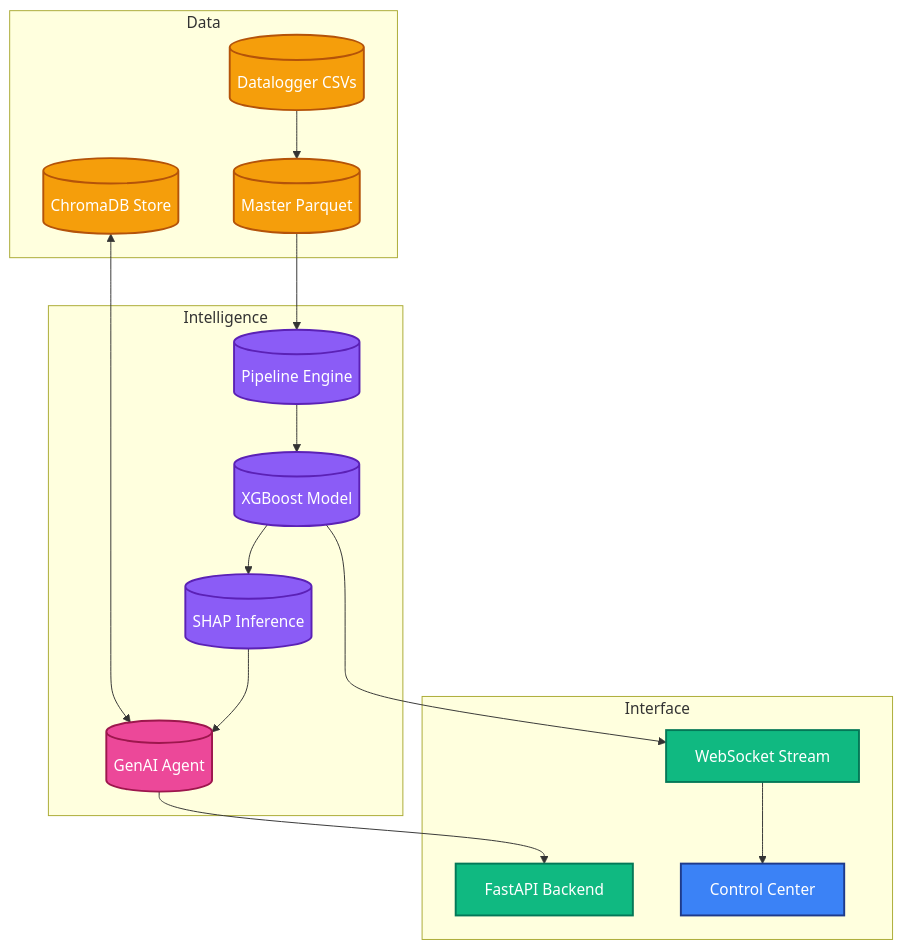
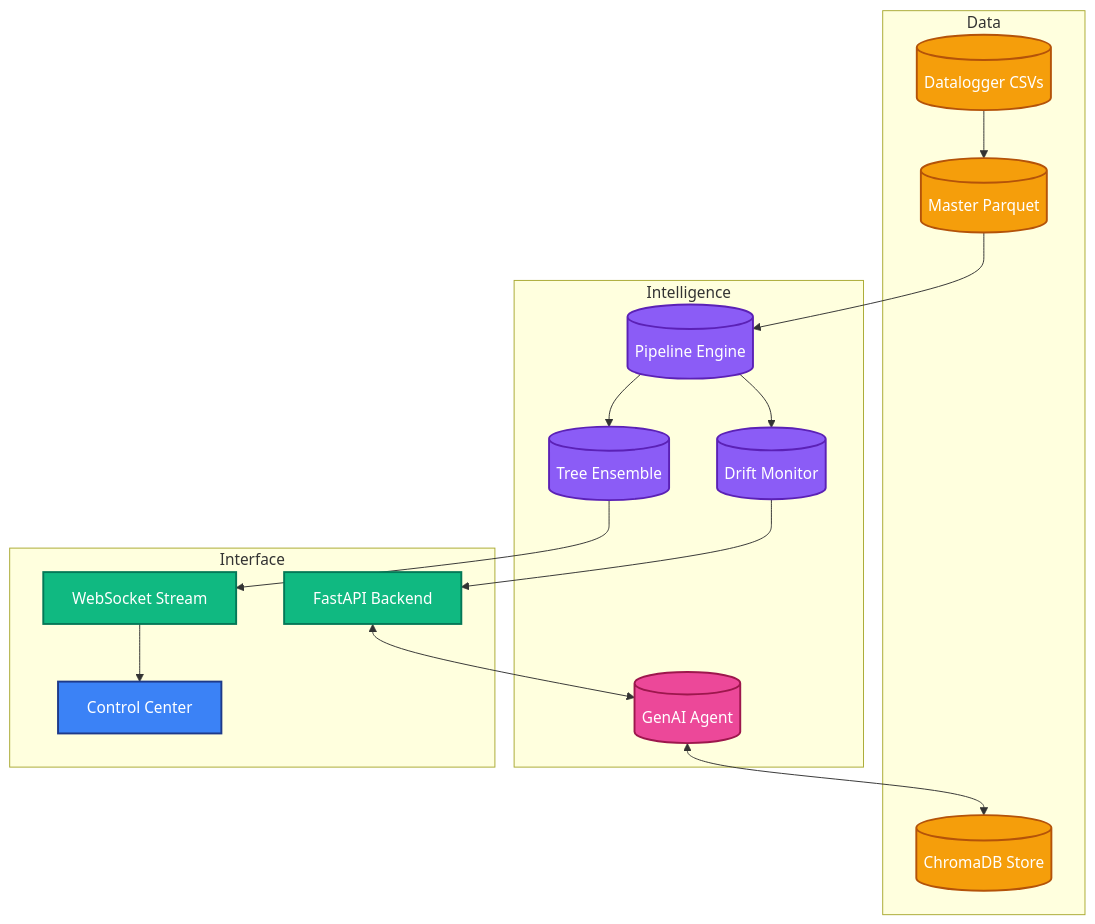
The diagram in README.md (gopu07/SolarMind), drawn with Mermaid before and after one commit. The commit also changed other lines of this file and 7 other files, not shown here.

````diff
--- a/README.md
+++ b/README.md
@@ -50,34 +47,34 @@
 ```mermaid
 graph TD
     %% Define Styles
     classDef ui fill:#3b82f6,stroke:#1e3a8a,stroke-width:2px,color:#fff;
     classDef api fill:#10b981,stroke:#047857,stroke-width:2px,color:#fff;
     classDef pipeline fill:#8b5cf6,stroke:#5b21b6,stroke-width:2px,color:#fff;
     classDef data fill:#f59e0b,stroke:#b45309,stroke-width:2px,color:#fff;
     classDef llm fill:#ec4899,stroke:#9d174d,stroke-width:2px,color:#fff;
 
     subgraph Data
         RawCSV[("Datalogger CSVs")]:::data
         PQ[("Master Parquet")]:::data
         VectorDB[("ChromaDB Store")]:::data
     end
 
     subgraph Intelligence
         Features[("Pipeline Engine")]:::pipeline
-        XGB[("XGBoost Model")]:::pipeline
-        SHAP[("SHAP Inference")]:::pipeline
+        Ensemble[("Tree Ensemble")]:::pipeline
+        Drift[("Drift Monitor")]:::pipeline
         GenAI[("GenAI Agent")]:::llm
     end
 
     subgraph Interface
         FastAPI["FastAPI Backend"]:::api
         ReactUI["Control Center"]:::ui
         WS["WebSocket Stream"]:::api
     end
 
-    RawCSV --> PQ --> Features --> XGB --> SHAP
-    SHAP --> GenAI
-    VectorDB <--> GenAI
-    GenAI --> FastAPI
-    XGB --> WS --> ReactUI
+    RawCSV --> PQ --> Features --> Ensemble
+    Features --> Drift --> FastAPI
+    Ensemble --> WS --> ReactUI
+    GenAI <--> VectorDB
+    FastAPI <--> GenAI
 ```
````
